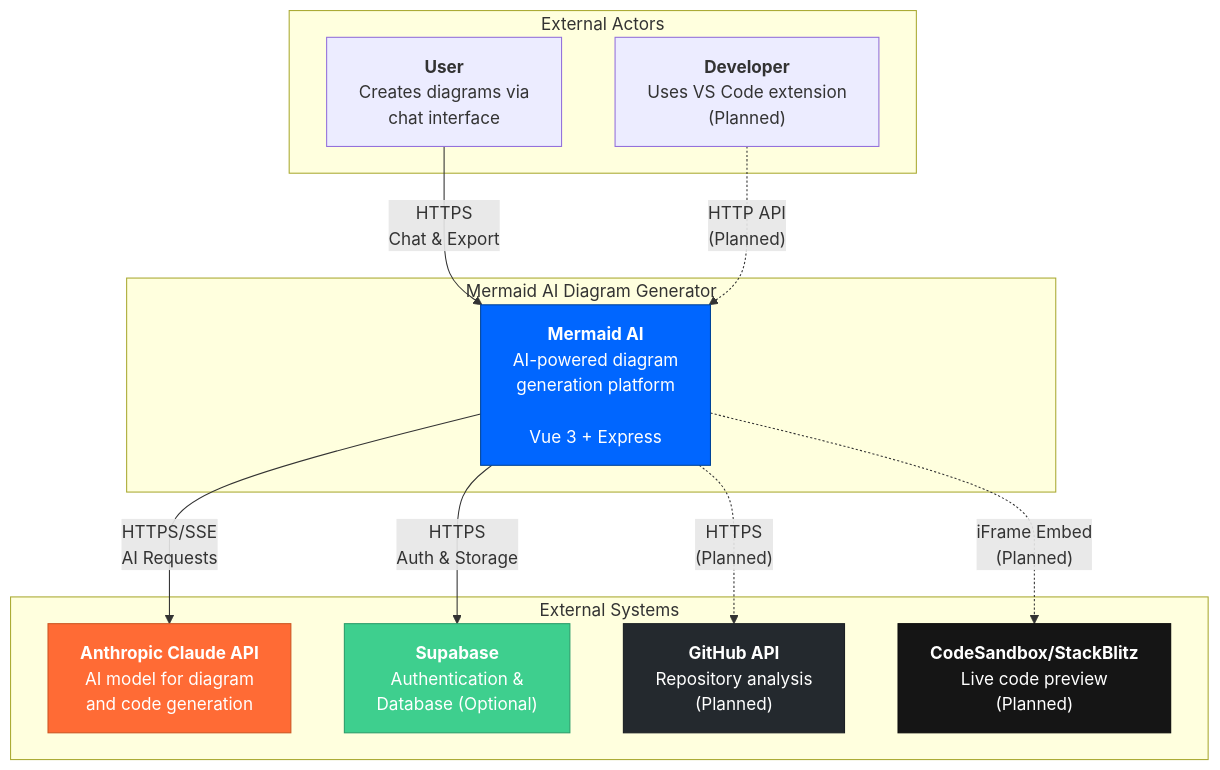
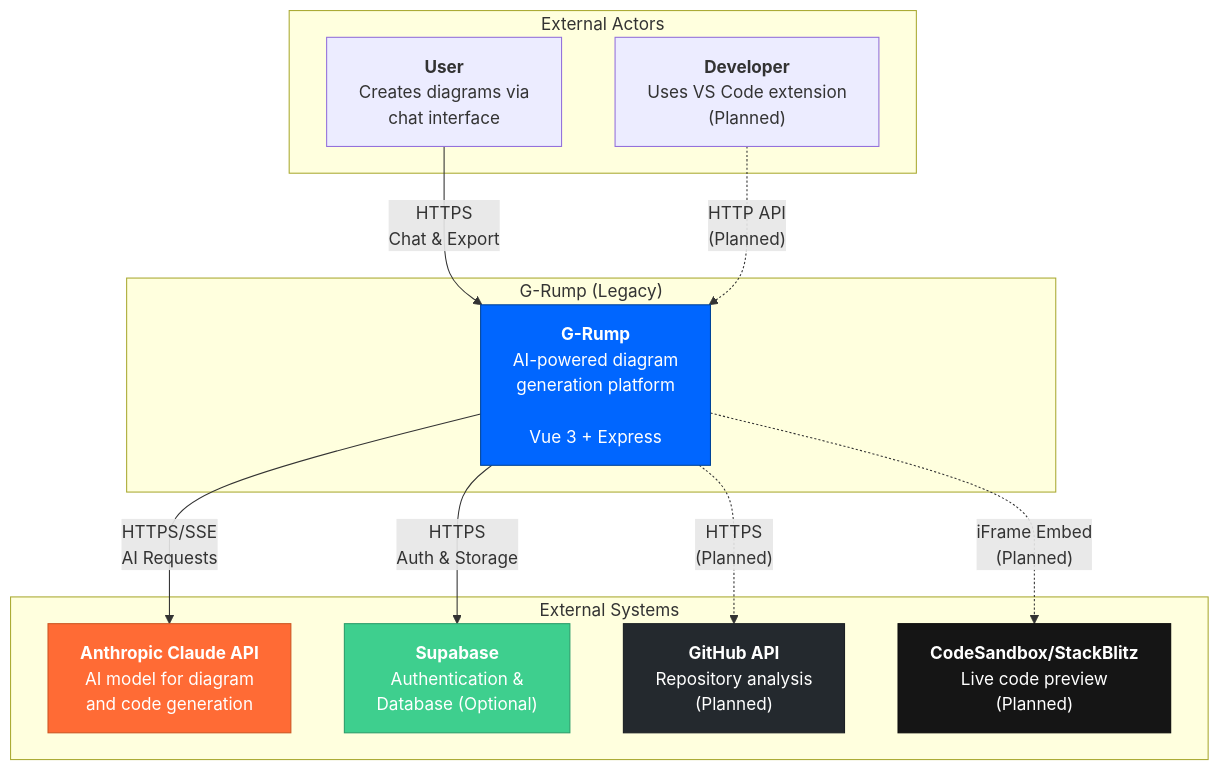
One commit to Aphrodine-wq/GRUMPCO changed the first of 10 diagrams in docs/SYSTEM_ARCHITECTURE.md. Above: the diagram before and after it, drawn with Mermaid. The commit also changed other lines of this file and 174 other files, not shown here.

````diff
--- a/docs/SYSTEM_ARCHITECTURE.md
+++ b/docs/SYSTEM_ARCHITECTURE.md
@@ -28,31 +28,31 @@
 ```mermaid
 flowchart TB
     subgraph actors["External Actors"]
         user["<b>User</b><br/>Creates diagrams via<br/>chat interface"]
         developer["<b>Developer</b><br/>Uses VS Code extension<br/>(Planned)"]
     end
 
-    subgraph system["Mermaid AI Diagram Generator"]
-        app["<b>Mermaid AI</b><br/>AI-powered diagram<br/>generation platform<br/><br/>Vue 3 + Express"]
+    subgraph system["G-Rump (Legacy)"]
+        app["<b>G-Rump</b><br/>AI-powered diagram<br/>generation platform<br/><br/>Vue 3 + Express"]
     end
 
     subgraph external["External Systems"]
         claude["<b>Anthropic Claude API</b><br/>AI model for diagram<br/>and code generation"]
         supabase["<b>Supabase</b><br/>Authentication &<br/>Database (Optional)"]
         github["<b>GitHub API</b><br/>Repository analysis<br/>(Planned)"]
         sandbox["<b>CodeSandbox/StackBlitz</b><br/>Live code preview<br/>(Planned)"]
     end
 
     user -->|"HTTPS<br/>Chat & Export"| app
     developer -.->|"HTTP API<br/>(Planned)"| app
     app -->|"HTTPS/SSE<br/>AI Requests"| claude
     app -->|"HTTPS<br/>Auth & Storage"| supabase
     app -.->|"HTTPS<br/>(Planned)"| github
     app -.->|"iFrame Embed<br/>(Planned)"| sandbox
 
     style app fill:#0066FF,color:#fff,stroke:#004499
     style claude fill:#FF6B35,color:#fff,stroke:#cc5522
     style supabase fill:#3ECF8E,color:#fff,stroke:#2a9d6a
     style github fill:#24292e,color:#fff,stroke:#1b1f23
     style sandbox fill:#151515,color:#fff,stroke:#0a0a0a
 ```
````
